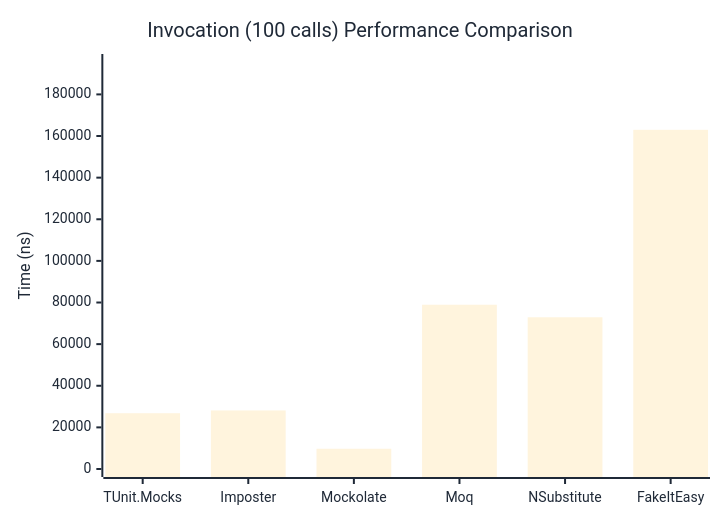
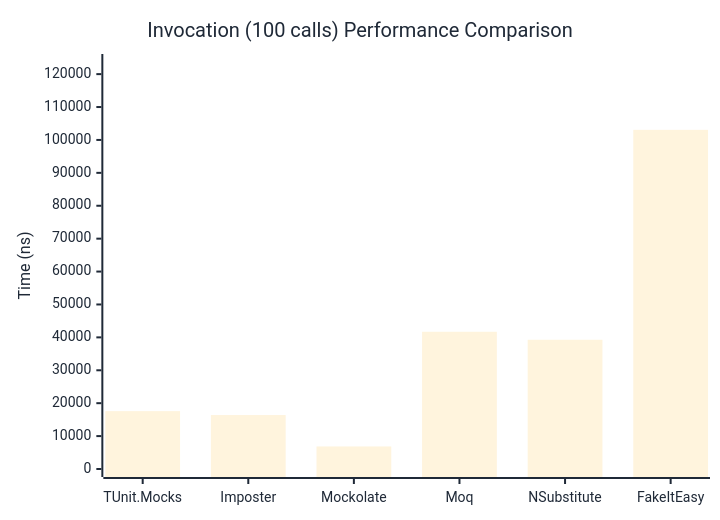
One commit to thomhurst/TUnit changed the third of 3 diagrams in docs/docs/benchmarks/mocks/Invocation.md. Above: the diagram before and after it, drawn with Mermaid. The commit also changed other lines of this file and 14 other files, not shown here.

````diff
--- a/docs/docs/benchmarks/mocks/Invocation.md
+++ b/docs/docs/benchmarks/mocks/Invocation.md
@@ -112,27 +112,27 @@
 ```mermaid
 %%{init: {
   'theme':'base',
   'themeVariables': {
     'primaryColor': '#2563eb',
     'primaryTextColor': '#1f2937',
     'primaryBorderColor': '#1e40af',
     'lineColor': '#6b7280',
     'secondaryColor': '#7c3aed',
     'tertiaryColor': '#dc2626',
     'background': '#ffffff',
     'pie1': '#2563eb',
     'pie2': '#7c3aed',
     'pie3': '#dc2626',
     'pie4': '#f59e0b',
     'pie5': '#10b981',
     'pie6': '#06b6d4',
     'pie7': '#ec4899',
     'pie8': '#6366f1'
   }
 }}%%
 xychart-beta
   title "Invocation (100 calls) Performance Comparison"
   x-axis ["TUnit.Mocks", "Imposter", "Mockolate", "Moq", "NSubstitute", "FakeItEasy"]
-  y-axis "Time (ns)" 0 --> 195568
-  bar [26806.42, 28140.2, 9731.23, 78935.73, 72911.31, 162973.07]
+  y-axis "Time (ns)" 0 --> 123686
+  bar [17589.62, 16396.96, 6853.72, 41704.28, 39271.66, 103071.39]
 ```
````
